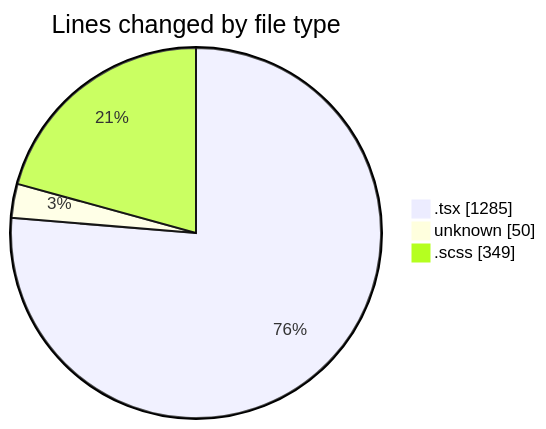
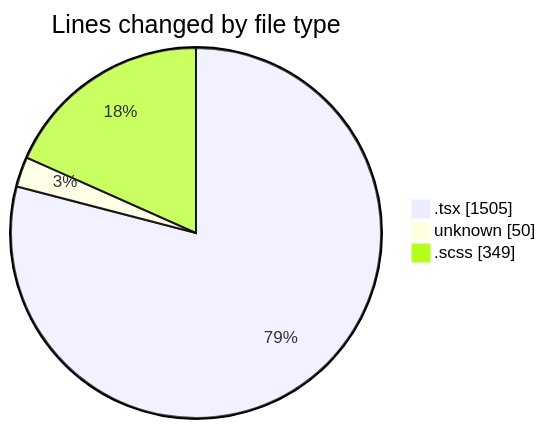
One commit to momahboobian/code-tracking changed the first of 2 diagrams in 2025-12-05/cda/README.md. Above: the diagram before and after it, drawn with Mermaid. The commit also changed other lines of this file and 1 other file, not shown here.

````diff
--- a/2025-12-05/cda/README.md
+++ b/2025-12-05/cda/README.md
@@ -27,7 +28,7 @@
 ```mermaid
 pie showData
 title Lines changed by file type
-".tsx" : 1285
+".tsx" : 1505
 "unknown" : 50
 ".scss" : 349
 ```
````
